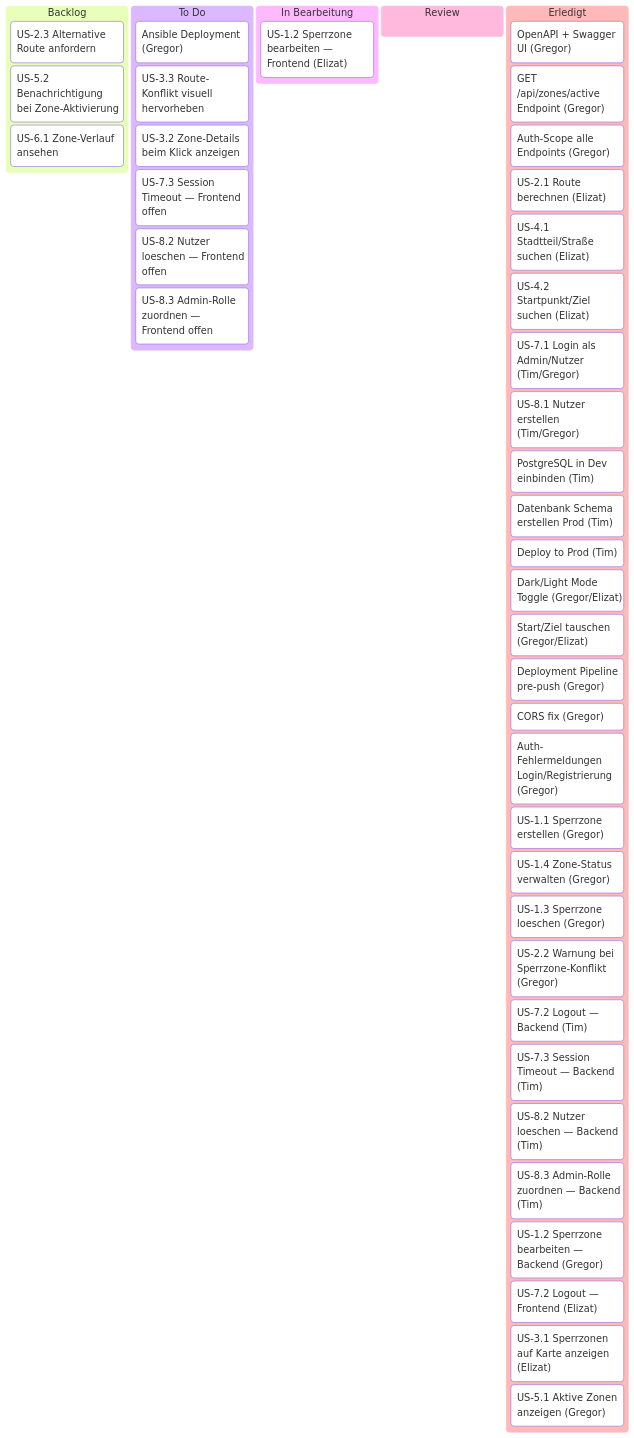
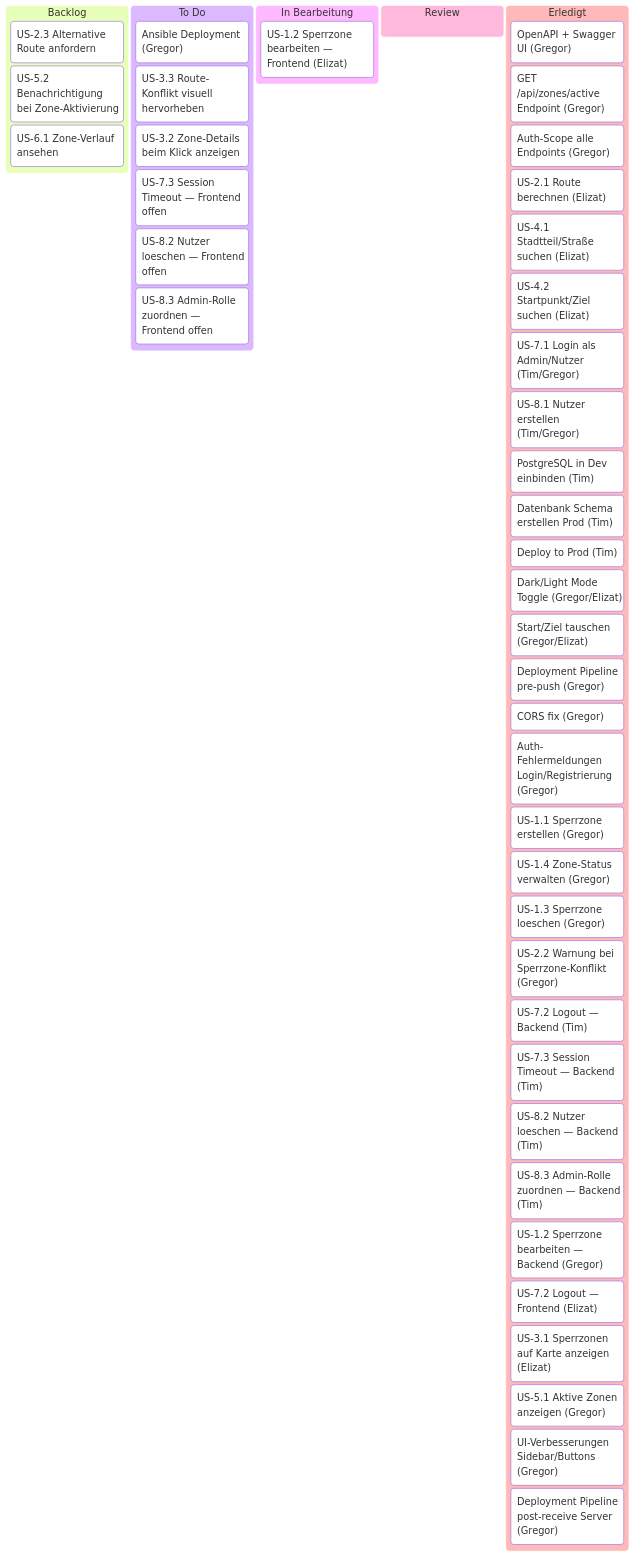
One commit to g8rdier/urban-flow-governance changed the diagram in docs/project/PLAN.md. Above: the diagram before and after it, drawn with Mermaid. The commit also changed other lines of this file, not shown here.

Commit message:
docs: add UI improvements and post-receive deployment to kanban

````diff
--- a/docs/project/PLAN.md
+++ b/docs/project/PLAN.md
@@ -15,55 +15,57 @@
 ```mermaid
 ---
 config:
   kanban:
     ticketBaseUrl: ''
 ---
 kanban
   Backlog
     b1[US-2.3 Alternative Route anfordern]
     b3[US-5.2 Benachrichtigung bei Zone-Aktivierung]
     b4[US-6.1 Zone-Verlauf ansehen]
 
   ToDo[To Do]
     t0["Ansible Deployment (Gregor)"]
     t2[US-3.3 Route-Konflikt visuell hervorheben]
     t3[US-3.2 Zone-Details beim Klick anzeigen]
     t5["US-7.3 Session Timeout — Frontend offen"]
     t6["US-8.2 Nutzer loeschen — Frontend offen"]
     t7["US-8.3 Admin-Rolle zuordnen — Frontend offen"]
 
   InProgress[In Bearbeitung]
     i1["US-1.2 Sperrzone bearbeiten — Frontend (Elizat)"]
 
   Review
 
   Erledigt
     d1["OpenAPI + Swagger UI (Gregor)"]
     d2["GET /api/zones/active Endpoint (Gregor)"]
     d3["Auth-Scope alle Endpoints (Gregor)"]
     d4["US-2.1 Route berechnen (Elizat)"]
     d5["US-4.1 Stadtteil/Straße suchen (Elizat)"]
     d6["US-4.2 Startpunkt/Ziel suchen (Elizat)"]
     r4["US-7.1 Login als Admin/Nutzer (Tim/Gregor)"]
     r7["US-8.1 Nutzer erstellen (Tim/Gregor)"]
     p5["PostgreSQL in Dev einbinden (Tim)"]
     t7["Datenbank Schema erstellen Prod (Tim)"]
     t8["Deploy to Prod (Tim)"]
     d7["Dark/Light Mode Toggle (Gregor/Elizat)"]
     d8["Start/Ziel tauschen (Gregor/Elizat)"]
     d9["Deployment Pipeline pre-push (Gregor)"]
     d10["CORS fix (Gregor)"]
     d11["Auth-Fehlermeldungen Login/Registrierung (Gregor)"]
     p1["US-1.1 Sperrzone erstellen (Gregor)"]
     p2["US-1.4 Zone-Status verwalten (Gregor)"]
     r2["US-1.3 Sperrzone loeschen (Gregor)"]
     r3["US-2.2 Warnung bei Sperrzone-Konflikt (Gregor)"]
     e1["US-7.2 Logout — Backend (Tim)"]
     e2["US-7.3 Session Timeout — Backend (Tim)"]
     e3["US-8.2 Nutzer loeschen — Backend (Tim)"]
     e4["US-8.3 Admin-Rolle zuordnen — Backend (Tim)"]
     e5["US-1.2 Sperrzone bearbeiten — Backend (Gregor)"]
     e6["US-7.2 Logout — Frontend (Elizat)"]
     e7["US-3.1 Sperrzonen auf Karte anzeigen (Elizat)"]
     e8["US-5.1 Aktive Zonen anzeigen (Gregor)"]
+    e9["UI-Verbesserungen Sidebar/Buttons (Gregor)"]
+    e10["Deployment Pipeline post-receive Server (Gregor)"]
 ```
````
